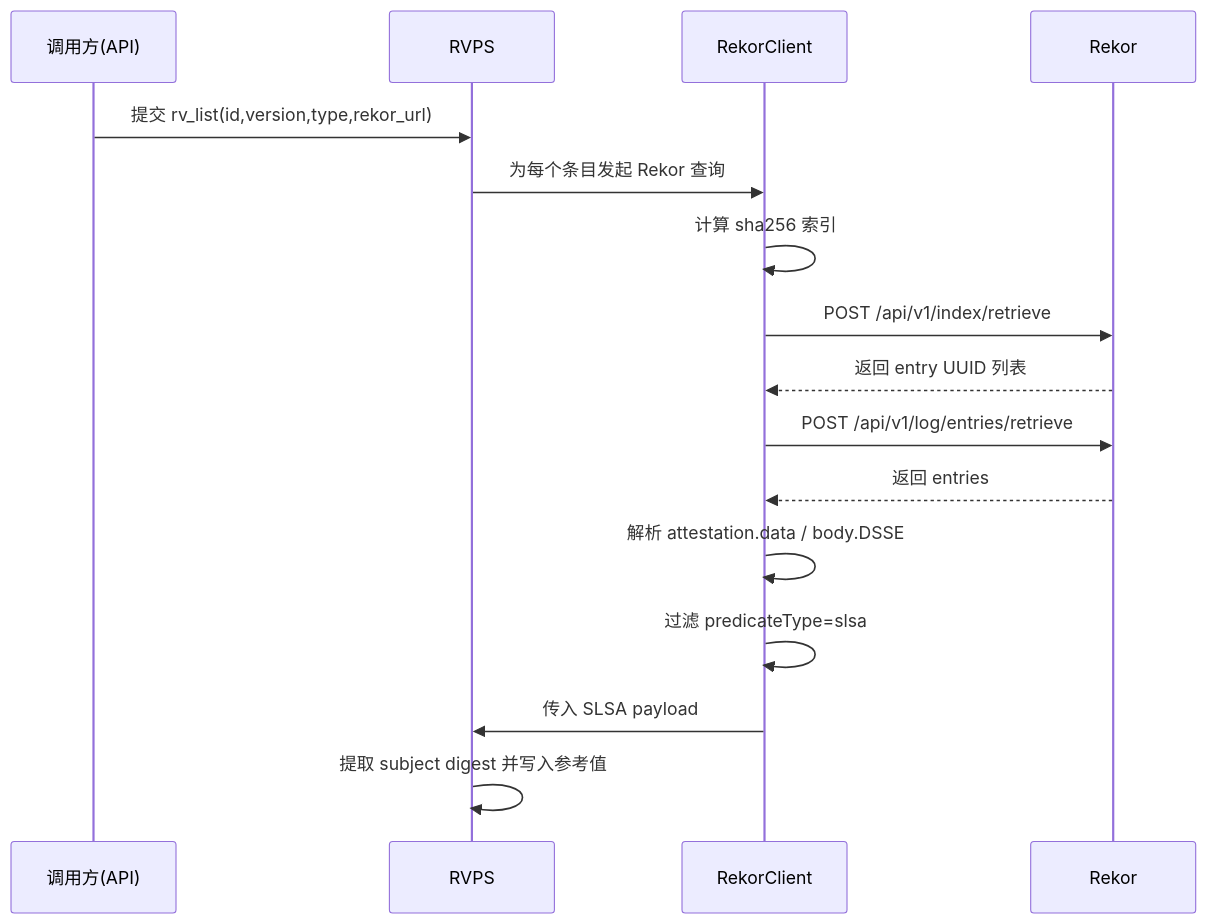
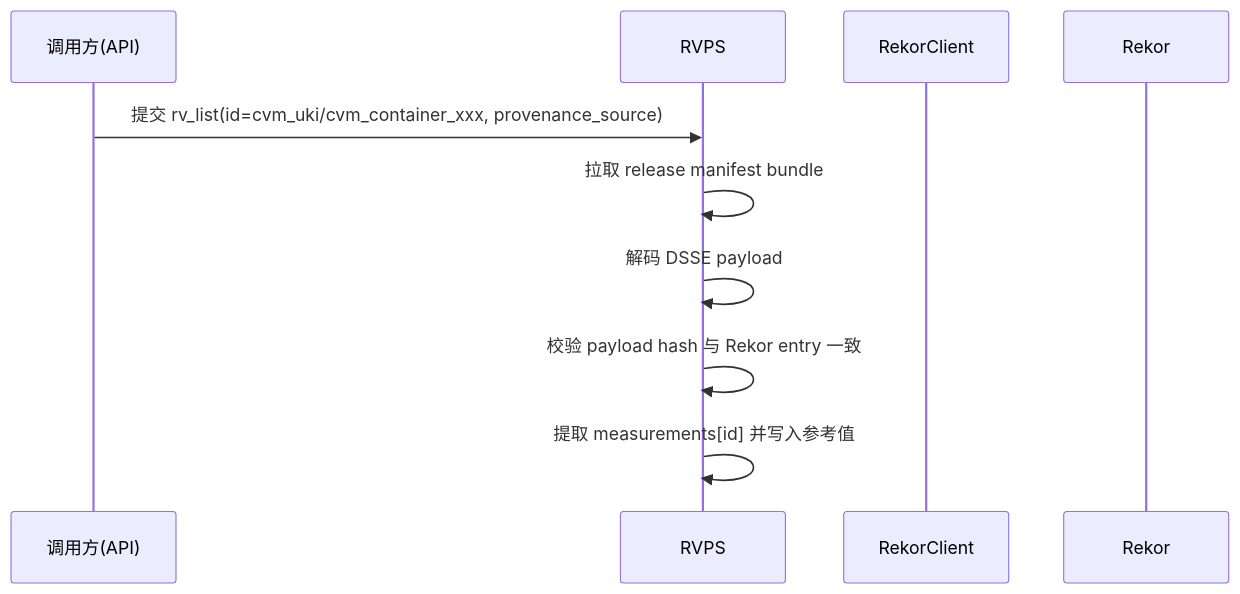
Before and after one commit to openanolis/trustee: the second of 2 diagrams in docs/rekor.md, drawn with Mermaid. The commit also changed other lines of this file and 9 other files, not shown here.

Commit message:
Add RV release manifest Rekor support

````diff
--- a/docs/rekor.md
+++ b/docs/rekor.md
@@ -53,19 +53,13 @@
 ```mermaid
 sequenceDiagram
     participant U as 调用方(API)
     participant RV as RVPS
     participant RC as RekorClient
     participant RK as Rekor
 
-    U->>RV: 提交 rv_list(id,version,type,rekor_url)
-    RV->>RC: 为每个条目发起 Rekor 查询
-    RC->>RC: 计算 sha256 索引
-    RC->>RK: POST /api/v1/index/retrieve
-    RK-->>RC: 返回 entry UUID 列表
-    RC->>RK: POST /api/v1/log/entries/retrieve
-    RK-->>RC: 返回 entries
-    RC->>RC: 解析 attestation.data / body.DSSE
-    RC->>RC: 过滤 predicateType=slsa
-    RC->>RV: 传入 SLSA payload
-    RV->>RV: 提取 subject digest 并写入参考值
+    U->>RV: 提交 rv_list(id=cvm_uki/cvm_container_xxx, provenance_source)
+    RV->>RV: 拉取 release manifest bundle
+    RV->>RV: 解码 DSSE payload
+    RV->>RV: 校验 payload hash 与 Rekor entry 一致
+    RV->>RV: 提取 measurements[id] 并写入参考值
 ```
````
